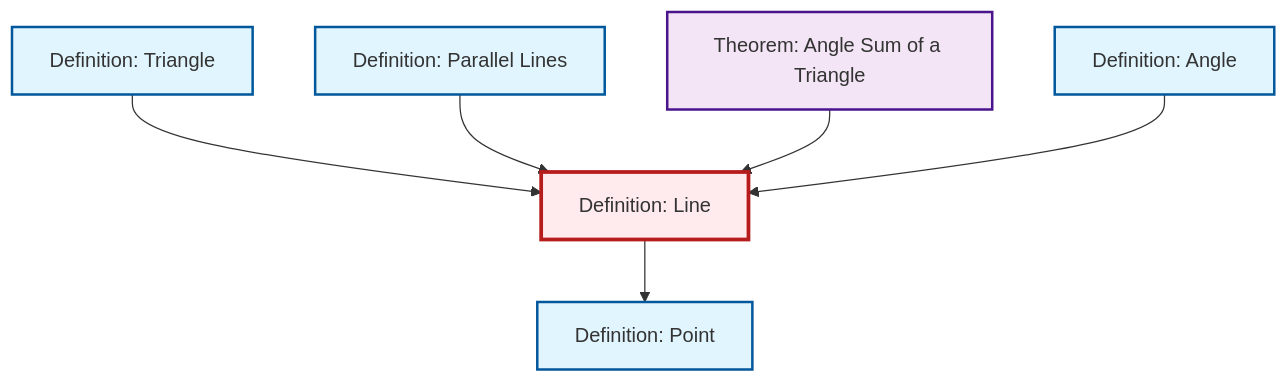
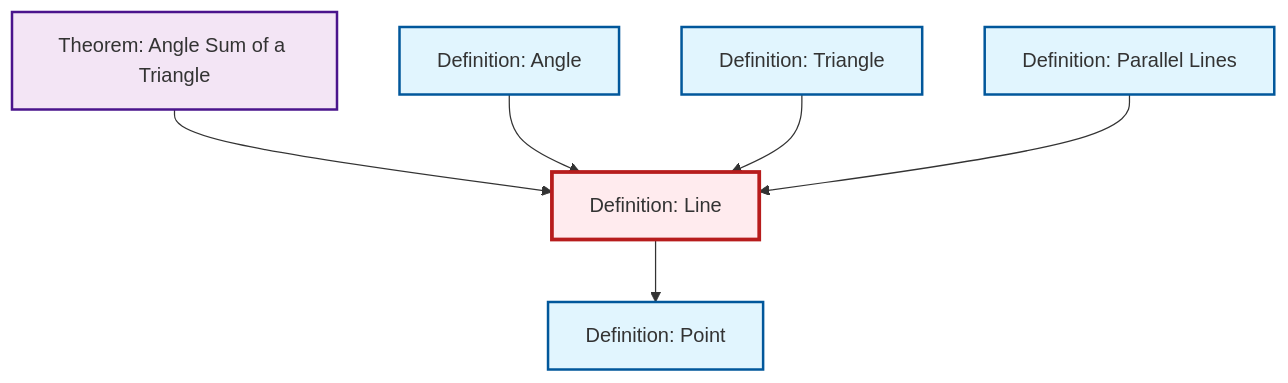
Before and after one commit to RK0429/ModernMath: the diagram in content/en/geometry/def-line.qmd, drawn with Mermaid. The commit also changed other lines of this file and 491 other files, not shown here.

````diff
--- a/content/en/geometry/def-line.qmd
+++ b/content/en/geometry/def-line.qmd
@@ -45,26 +45,26 @@
 ```{mermaid}
 %%| fig-cap: "Local dependency graph"
 graph TD
     classDef definition fill:#e1f5fe,stroke:#01579b,stroke-width:2px
     classDef theorem fill:#f3e5f5,stroke:#4a148c,stroke-width:2px
     classDef axiom fill:#fff3e0,stroke:#e65100,stroke-width:2px
     classDef example fill:#e8f5e9,stroke:#1b5e20,stroke-width:2px
     classDef current fill:#ffebee,stroke:#b71c1c,stroke-width:3px
+    def-parallel["Definition: Parallel Lines"]:::definition
+    def-point["Definition: Point"]:::definition
     def-line["Definition: Line"]:::definition
+    thm-angle-sum-triangle["Theorem: Angle Sum of a Triangle"]:::theorem
+    def-angle["Definition: Angle"]:::definition
     def-triangle["Definition: Triangle"]:::definition
-    thm-angle-sum-triangle["Theorem: Angle Sum of a Triangle"]:::theorem
-    def-parallel["Definition: Parallel Lines"]:::definition
-    def-angle["Definition: Angle"]:::definition
-    def-point["Definition: Point"]:::definition
+    thm-angle-sum-triangle --> def-line
     def-line --> def-point
+    def-angle --> def-line
     def-triangle --> def-line
     def-parallel --> def-line
-    thm-angle-sum-triangle --> def-line
-    def-angle --> def-line
     class def-line current
+    click def-parallel "def-parallel.html" "Go to Parallel Lines definition"
+    click def-point "def-point.html" "Go to Point definition"
+    click thm-angle-sum-triangle "thm-angle-sum-triangle.html" "Go to Angle Sum of a Triangle theorem"
+    click def-angle "def-angle.html" "Go to Angle definition"
     click def-triangle "def-triangle.html" "Go to Triangle definition"
-    click thm-angle-sum-triangle "thm-angle-sum-triangle.html" "Go to Angle Sum of a Triangle theorem"
-    click def-parallel "def-parallel.html" "Go to Parallel Lines definition"
-    click def-angle "def-angle.html" "Go to Angle definition"
-    click def-point "def-point.html" "Go to Point definition"
 ```
````
